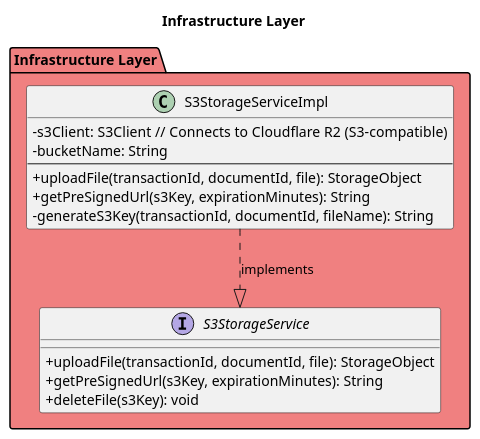
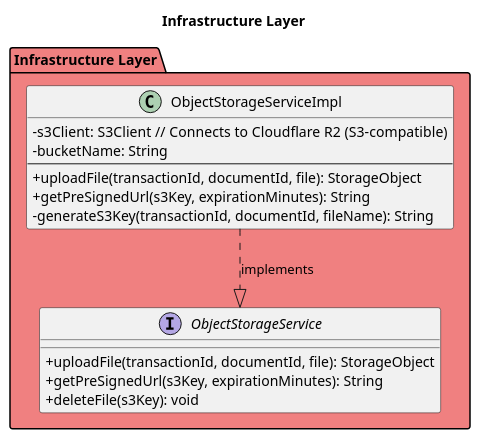
The diagram in docs/PersonalUseCase/Shawn/ManageTransactionDocuments/Artifacts/DesignLevelClassDiagramChunks/InfrastructureLayer.puml (CourtierPro/CourtierPro), drawn with PlantUML before and after one commit. The commit also changed 23 other files, not shown here.

Commit message:
Rename S3StorageService to ObjectStorageService

```diff
--- a/docs/PersonalUseCase/Shawn/ManageTransactionDocuments/Artifacts/DesignLevelClassDiagramChunks/InfrastructureLayer.puml
+++ b/docs/PersonalUseCase/Shawn/ManageTransactionDocuments/Artifacts/DesignLevelClassDiagramChunks/InfrastructureLayer.puml
@@ -1,26 +1,26 @@
 @startuml InfrastructureLayer
 skinparam classAttributeIconSize 0
 
 title Infrastructure Layer
 
 package "Infrastructure Layer" #LightCoral {
-  interface S3StorageService {
+  interface ObjectStorageService {
     + uploadFile(transactionId, documentId, file): StorageObject
     + getPreSignedUrl(s3Key, expirationMinutes): String
     + deleteFile(s3Key): void
   }
   
-  class S3StorageServiceImpl {
+  class ObjectStorageServiceImpl {
     - s3Client: S3Client  // Connects to Cloudflare R2 (S3-compatible)
     - bucketName: String
     --
     + uploadFile(transactionId, documentId, file): StorageObject
     + getPreSignedUrl(s3Key, expirationMinutes): String
     - generateS3Key(transactionId, documentId, fileName): String
   }
   
   ' Intra-package relationships
-  S3StorageServiceImpl ..|> S3StorageService : implements
+  ObjectStorageServiceImpl ..|> ObjectStorageService : implements
 }
 
 @enduml
```
